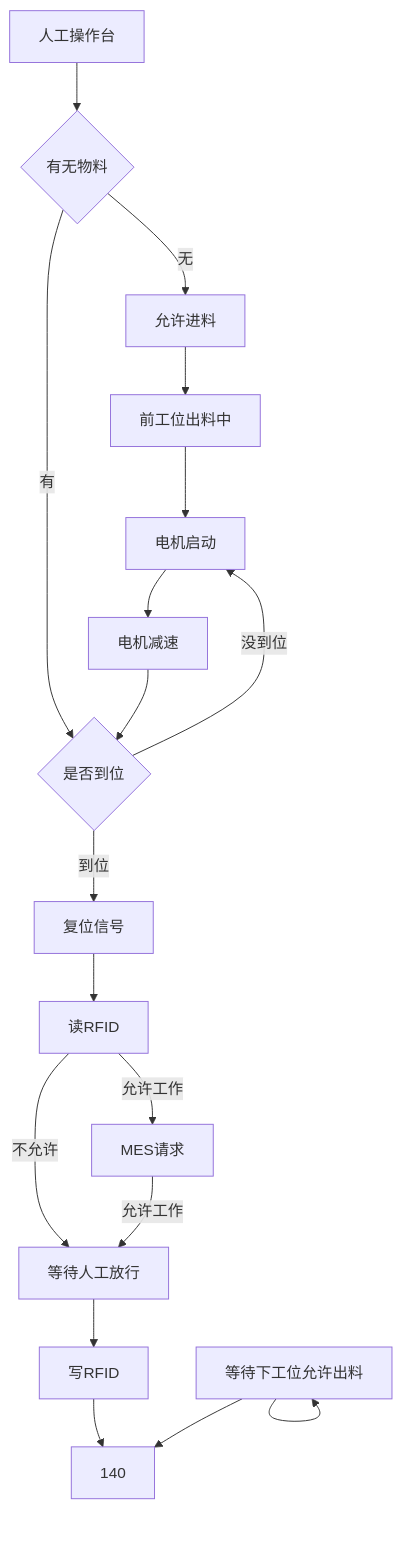
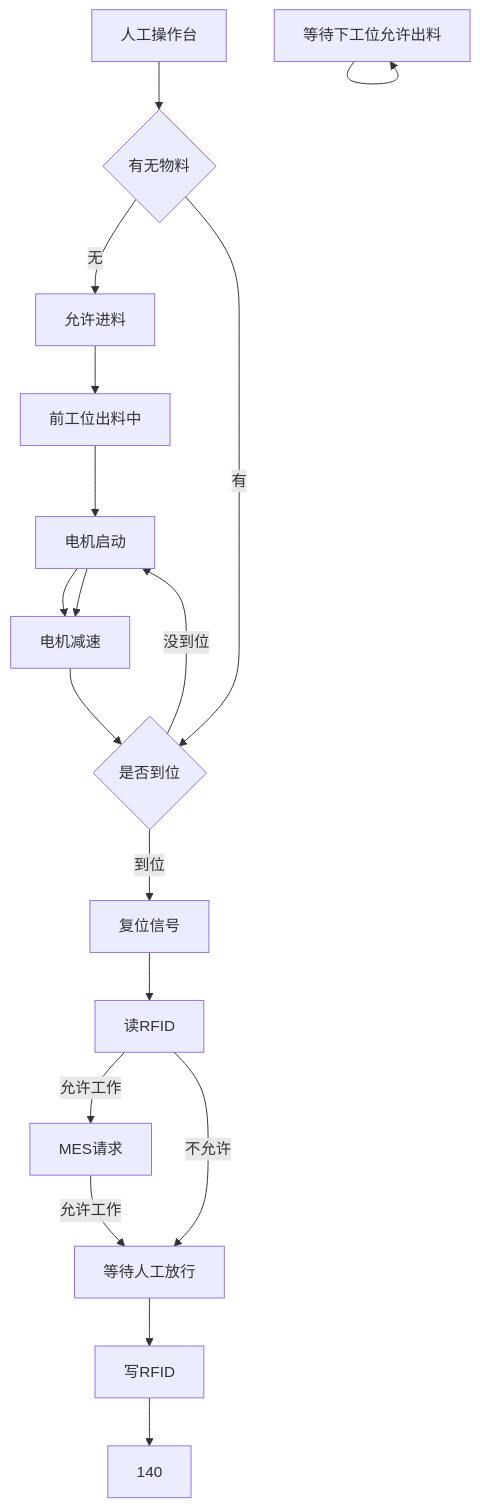
Before and after one commit to PengKun1/iodraw-files: the diagram in all/未命名-4.md, drawn with Mermaid.

Commit message:
2024-12-20 14:54:01 update

````diff
--- a/all/未命名-4.md
+++ b/all/未命名-4.md
@@ -1,21 +1,22 @@
 ```mermaid
 graph TD
 0[人工操作台]-->10
 10{有无物料}-->|无|20
 10-->|有|60
 20[允许进料]-->30
 30[前工位出料中]-->40
 40[电机启动]-->50
 50[电机减速]-->60
 60{是否到位}-->|到位|70
 60-->|没到位|40
 70[复位信号]-->80
 80[读RFID]-->|允许工作|90
 80-->|不允许|120
 90[MES请求]-->|允许工作|120
 
 120[等待人工放行]-->130
 130[写RFID]-->140
 150[MES上传]-->150
-150[等待下工位允许出料]-->140
+150[等待下工位允许出料]-->150
+40[电机启动]-->50
 ```
````
